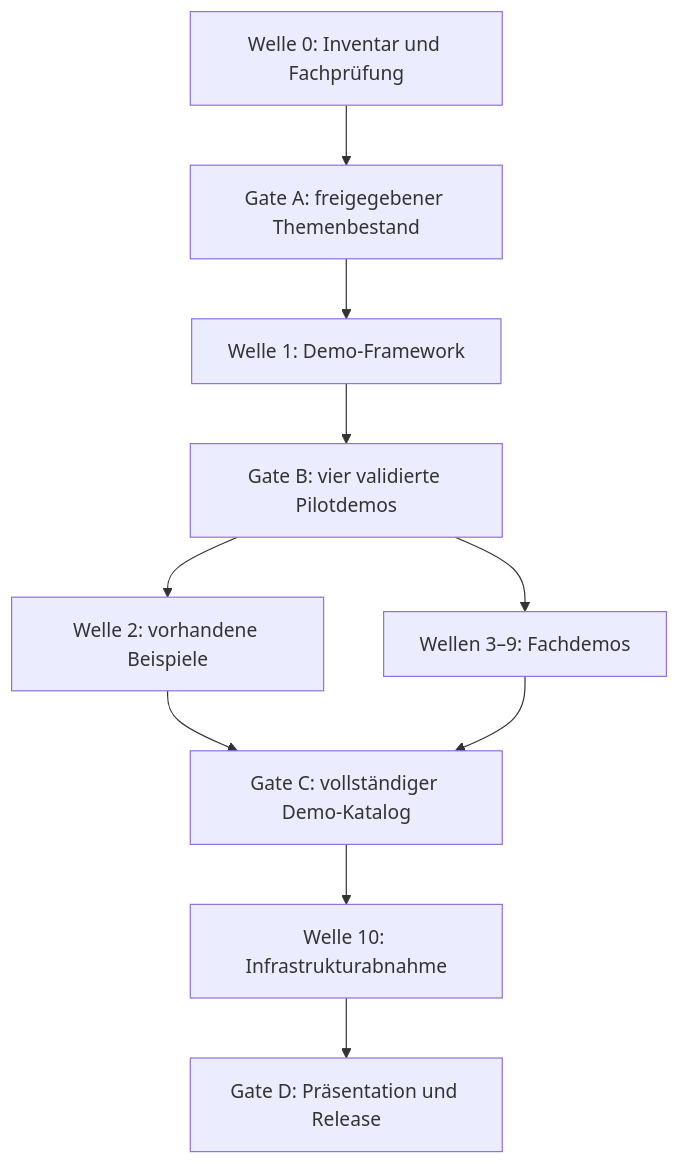
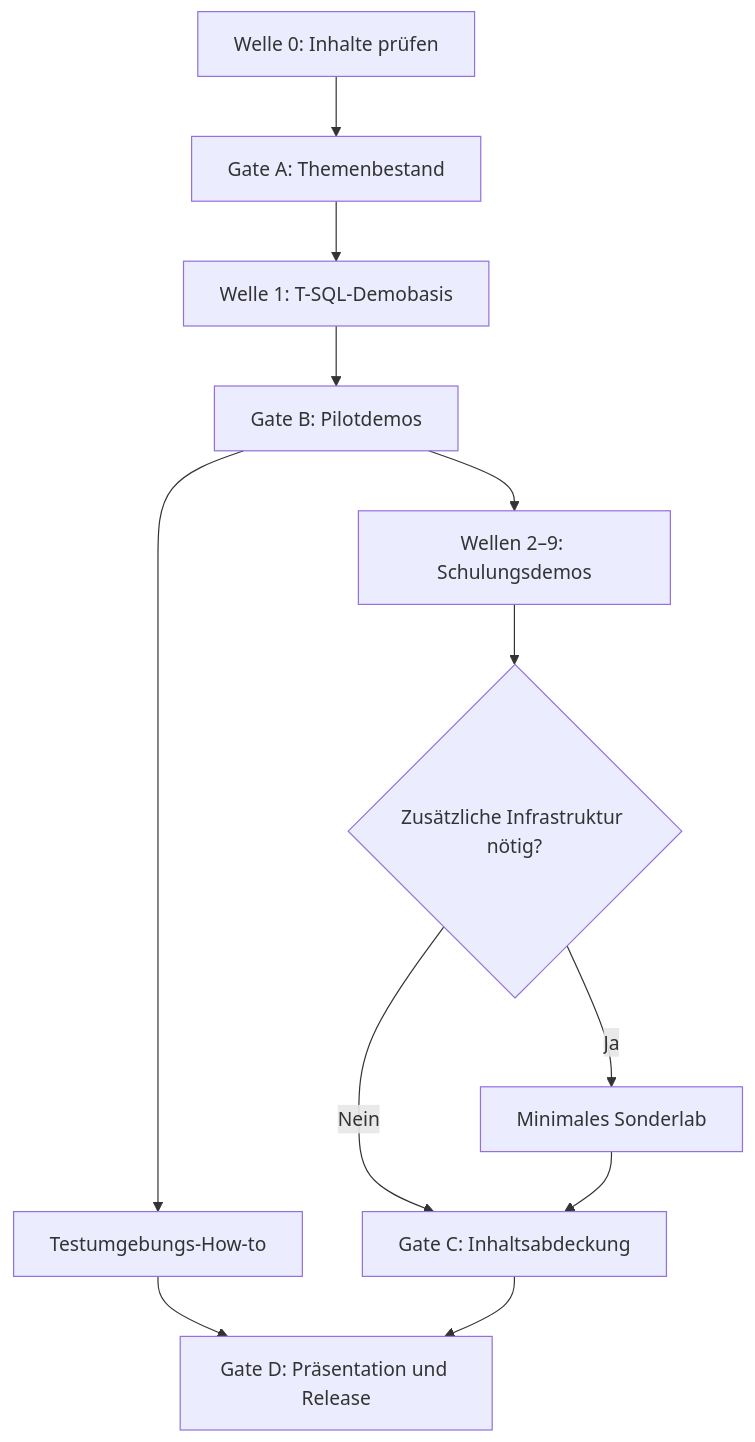
One commit to gecompat/SQL_PerformanceSchulung changed the diagram in Documentation/Project_Planning/MASTER_IMPLEMENTATION_PLAN.md. Above: the diagram before and after it, drawn with Mermaid. The commit also changed other lines of this file, not shown here.

````diff
--- a/Documentation/Project_Planning/MASTER_IMPLEMENTATION_PLAN.md
+++ b/Documentation/Project_Planning/MASTER_IMPLEMENTATION_PLAN.md
@@ -107,12 +121,14 @@
 ```mermaid
 graph TD
-    A["Welle 0: Inventar und Fachprüfung"] --> B["Gate A: freigegebener Themenbestand"]
-    B --> C["Welle 1: Demo-Framework"]
-    C --> D["Gate B: vier validierte Pilotdemos"]
-    D --> E["Welle 2: vorhandene Beispiele"]
-    D --> F["Wellen 3–9: Fachdemos"]
-    E --> G["Gate C: vollständiger Demo-Katalog"]
-    F --> G
-    G --> H["Welle 10: Infrastrukturabnahme"]
-    H --> I["Gate D: Präsentation und Release"]
+    A["Welle 0: Inhalte prüfen"] --> B["Gate A: Themenbestand"]
+    B --> C["Welle 1: T-SQL-Demobasis"]
+    C --> D["Gate B: Pilotdemos"]
+    D --> E["Wellen 2–9: Schulungsdemos"]
+    D --> F["Testumgebungs-How-to"]
+    E --> G{"Zusätzliche Infrastruktur nötig?"}
+    G -->|Nein| H["Gate C: Inhaltsabdeckung"]
+    G -->|Ja| I["Minimales Sonderlab"]
+    I --> H
+    F --> J["Gate D: Präsentation und Release"]
+    H --> J
 ```
````
